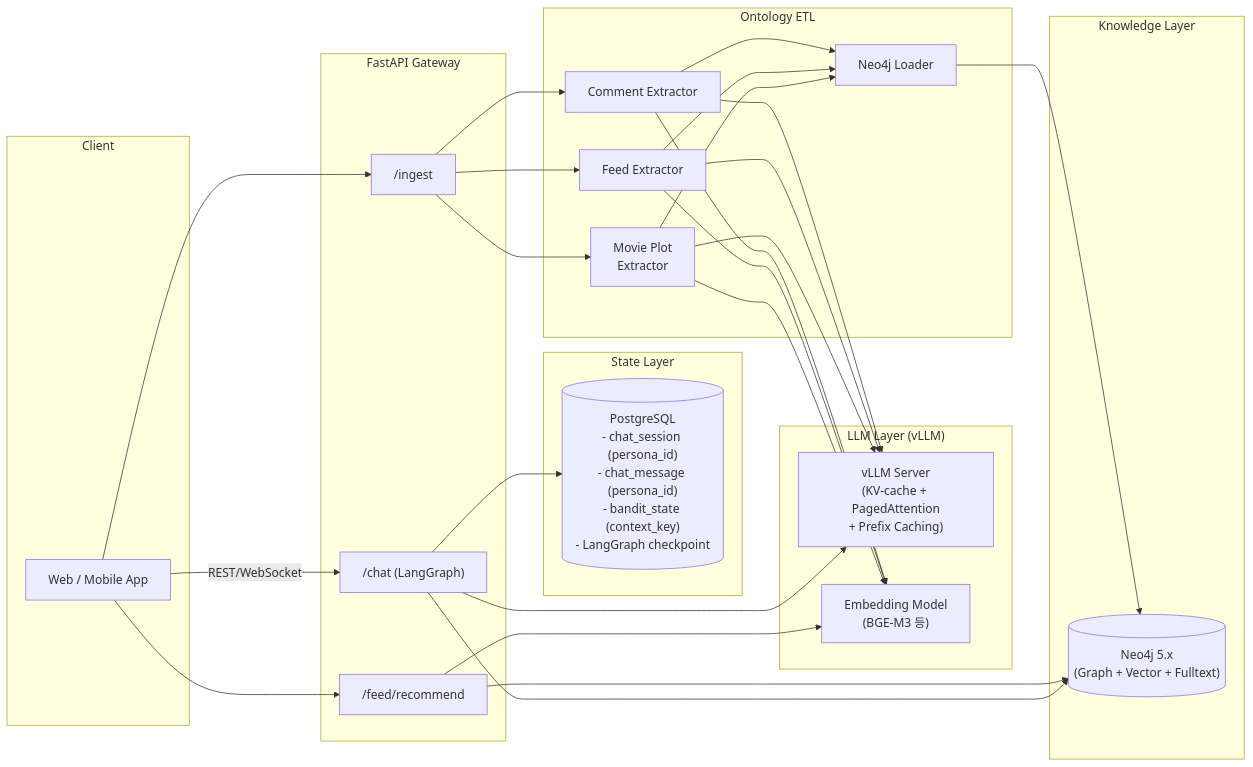
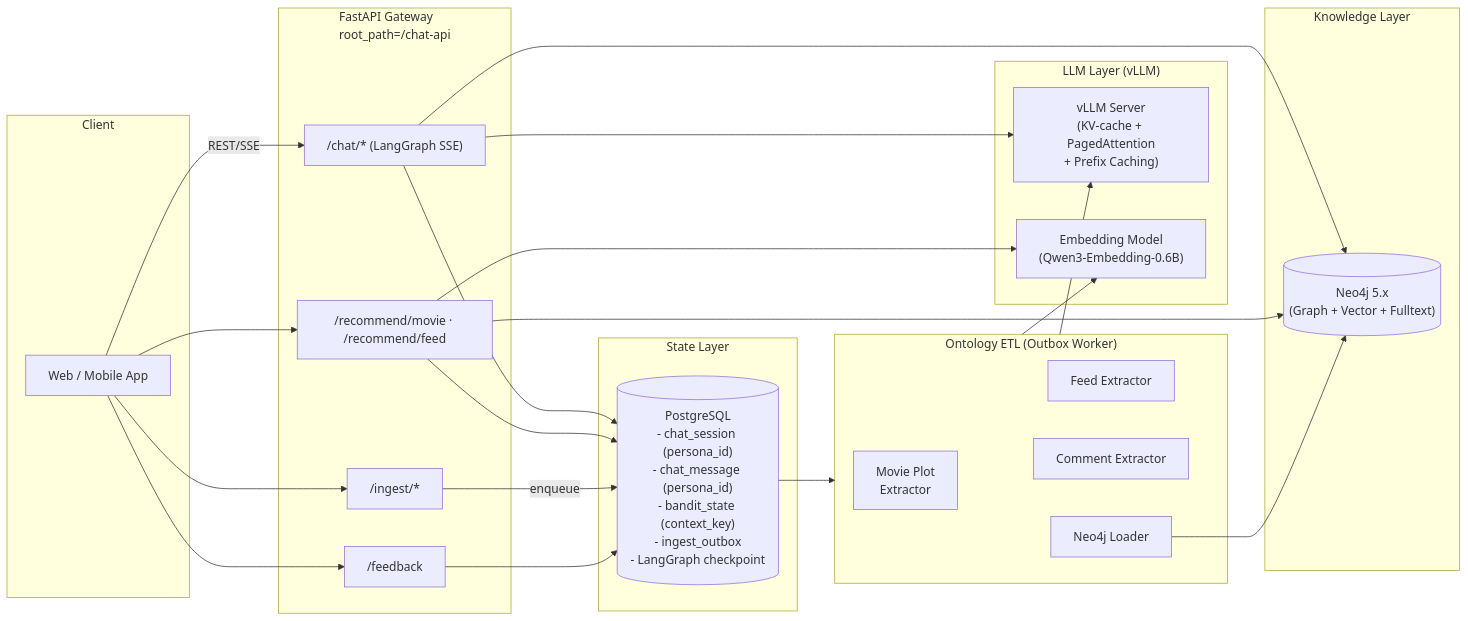
Before and after one commit to kakao4-KAKAMU/KAKAMU_DE: the first of 5 diagrams in docs/architecture.md, drawn with Mermaid. The commit also changed other lines of this file and 14 other files, not shown here.

````diff
--- a/docs/architecture.md
+++ b/docs/architecture.md
@@ -10,57 +10,55 @@
 ```mermaid
 flowchart LR
     subgraph Client["Client"]
         WebApp["Web / Mobile App"]
     end
 
-    subgraph API["FastAPI Gateway"]
-        ChatAPI["/chat (LangGraph)"]
-        FeedAPI["/feed/recommend"]
-        IngestAPI["/ingest"]
+    subgraph API["FastAPI Gateway\nroot_path=/chat-api"]
+        ChatAPI["/chat/* (LangGraph SSE)"]
+        RecAPI["/recommend/movie · /recommend/feed"]
+        IngestAPI["/ingest/*"]
+        FbAPI["/feedback"]
     end
 
     subgraph LLM["LLM Layer (vLLM)"]
         VLLM["vLLM Server\n(KV-cache + PagedAttention\n+ Prefix Caching)"]
-        Embed["Embedding Model\n(BGE-M3 등)"]
+        Embed["Embedding Model\n(Qwen3-Embedding-0.6B)"]
     end
 
     subgraph Graph["Knowledge Layer"]
         Neo4j[("Neo4j 5.x\n(Graph + Vector + Fulltext)")]
     end
 
     subgraph State["State Layer"]
-        Postgres[("PostgreSQL\n- chat_session (persona_id)\n- chat_message (persona_id)\n- bandit_state (context_key)\n- LangGraph checkpoint")]
+        Postgres[("PostgreSQL\n- chat_session (persona_id)\n- chat_message (persona_id)\n- bandit_state (context_key)\n- ingest_outbox\n- LangGraph checkpoint")]
     end
 
-    subgraph ETL["Ontology ETL"]
+    subgraph ETL["Ontology ETL (Outbox Worker)"]
         Movie["Movie Plot\nExtractor"]
         FeedX["Feed Extractor"]
         CmtX["Comment Extractor"]
         Loader["Neo4j Loader"]
     end
 
-    WebApp -->|REST/WebSocket| ChatAPI
-    WebApp --> FeedAPI
+    WebApp -->|REST/SSE| ChatAPI
+    WebApp --> RecAPI
     WebApp --> IngestAPI
+    WebApp --> FbAPI
 
     ChatAPI --> VLLM
     ChatAPI --> Neo4j
     ChatAPI --> Postgres
 
-    FeedAPI --> Neo4j
-    FeedAPI --> Embed
+    RecAPI --> Neo4j
+    RecAPI --> Embed
+    RecAPI --> Postgres
 
-    IngestAPI --> Movie
-    IngestAPI --> FeedX
-    IngestAPI --> CmtX
-    Movie --> VLLM
-    FeedX --> VLLM
-    CmtX --> VLLM
-    Movie --> Embed
-    FeedX --> Embed
-    CmtX --> Embed
-    Movie --> Loader
-    FeedX --> Loader
-    CmtX --> Loader
+    IngestAPI -->|enqueue| Postgres
+    Postgres --> ETL
+    ETL --> VLLM
+    ETL --> Embed
+    ETL --> Loader
     Loader --> Neo4j
+
+    FbAPI --> Postgres
 ```
````
